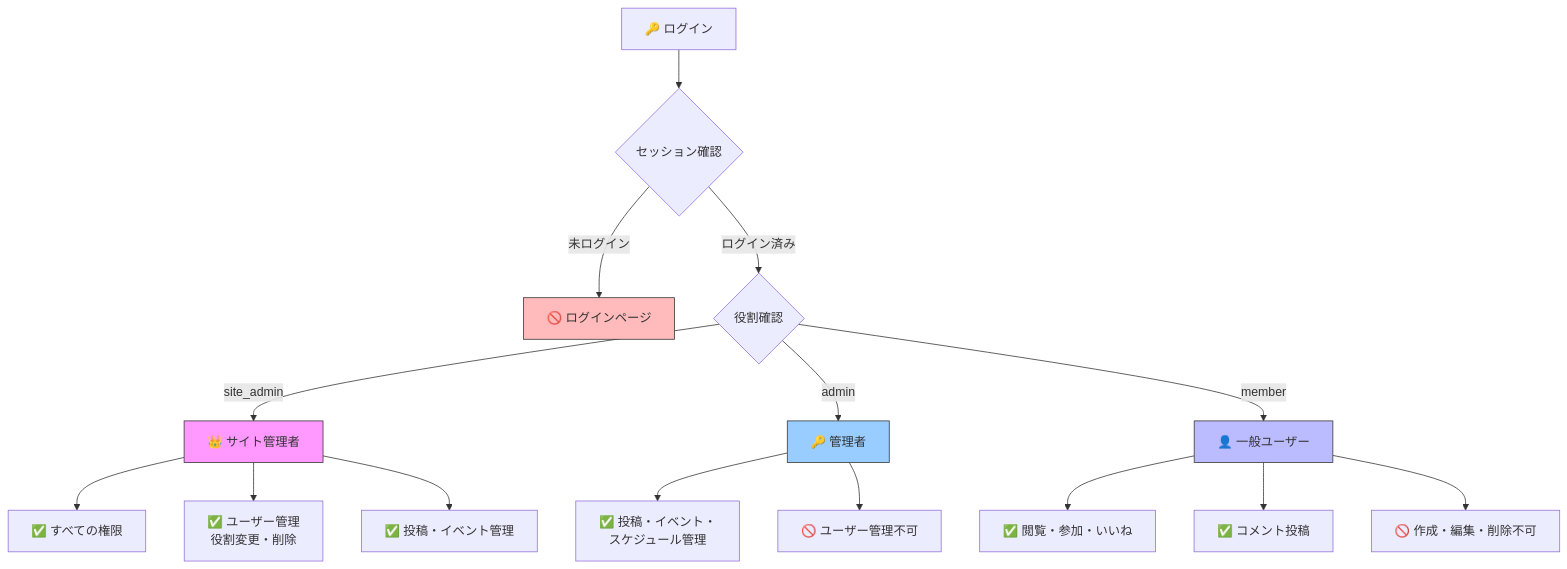
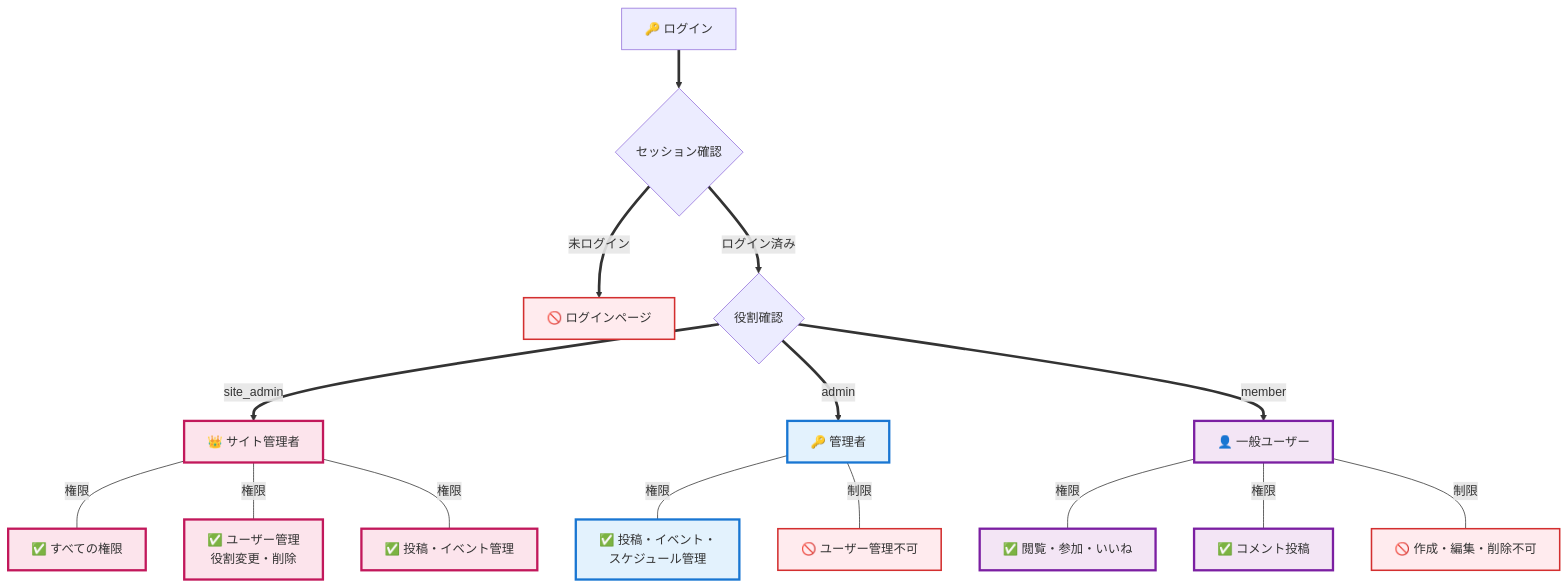
One commit to shuhei0720/keion-circle-site changed the fourth of 12 diagrams in README.md. Above: the diagram before and after it, drawn with Mermaid. The commit also changed other lines of this file, not shown here.

First line of the commit message:
docs: README図の改善

````diff
--- a/README.md
+++ b/README.md
@@ -177,26 +189,31 @@
 ```mermaid
 graph TB
-    A[🔑 ログイン] --> B{セッション確認}
-    B -->|未ログイン| C[🚫 ログインページ]
-    B -->|ログイン済み| D{役割確認}
+    A[🔑 ログイン] ==> B{セッション確認}
+    B ==>|未ログイン| C[🚫 ログインページ]
+    B ==>|ログイン済み| D{役割確認}
     
-    D -->|site_admin| E[👑 サイト管理者]
-    D -->|admin| F[🔑 管理者]
-    D -->|member| G[👤 一般ユーザー]
+    D ==>|site_admin| E[👑 サイト管理者]
+    D ==>|admin| F[🔑 管理者]
+    D ==>|member| G[👤 一般ユーザー]
     
-    E --> H[✅ すべての権限]
-    E --> I[✅ ユーザー管理<br/>役割変更・削除]
-    E --> J[✅ 投稿・イベント管理]
+    E ---|権限| H[✅ すべての権限]
+    E ---|権限| I[✅ ユーザー管理<br/>役割変更・削除]
+    E ---|権限| J[✅ 投稿・イベント管理]
     
-    F --> K[✅ 投稿・イベント・<br/>スケジュール管理]
-    F --> L[🚫 ユーザー管理不可]
+    F ---|権限| K[✅ 投稿・イベント・<br/>スケジュール管理]
+    F ---|制限| L[🚫 ユーザー管理不可]
     
-    G --> M[✅ 閲覧・参加・いいね]
-    G --> N[✅ コメント投稿]
-    G --> O[🚫 作成・編集・削除不可]
+    G ---|権限| M[✅ 閲覧・参加・いいね]
+    G ---|権限| N[✅ コメント投稿]
+    G ---|制限| O[🚫 作成・編集・削除不可]
     
-    style E fill:#f9f,stroke:#333
-    style F fill:#9cf,stroke:#333
-    style G fill:#bbf,stroke:#333
-    style C fill:#fbb,stroke:#333
+    classDef siteAdmin fill:#fce4ec,stroke:#c2185b,stroke-width:3px
+    classDef admin fill:#e3f2fd,stroke:#1976d2,stroke-width:3px
+    classDef member fill:#f3e5f5,stroke:#7b1fa2,stroke-width:3px
+    classDef denied fill:#ffebee,stroke:#d32f2f,stroke-width:2px
+    
+    class E,H,I,J siteAdmin
+    class F,K admin
+    class G,M,N member
+    class C,L,O denied
 ```
````
